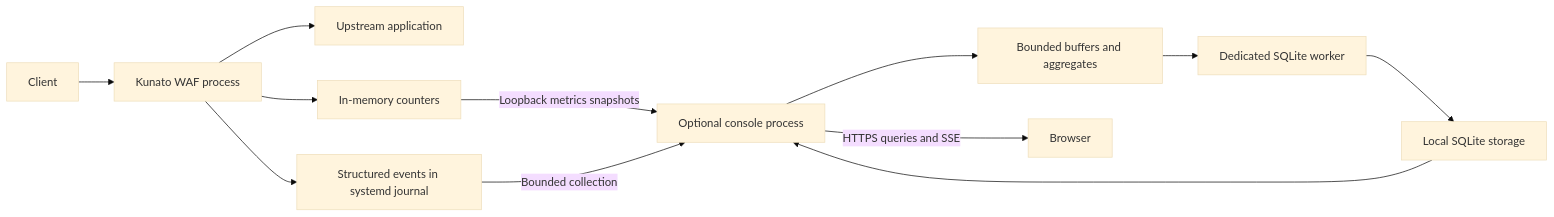
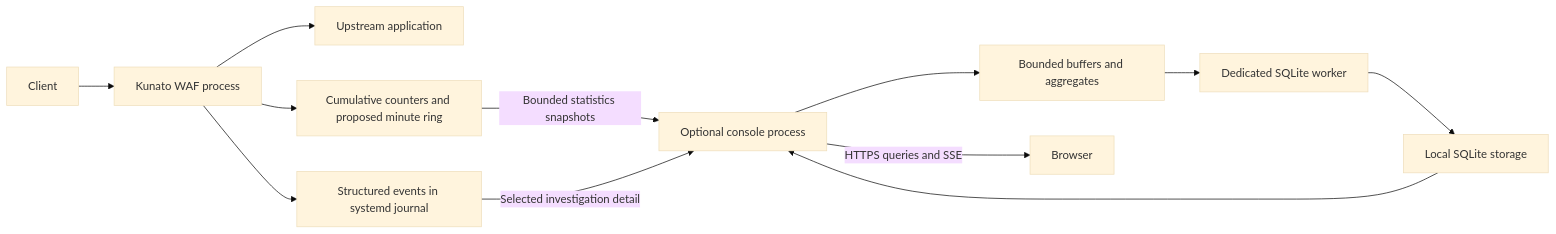
One commit to hiroeorz/kunato changed the diagram in docs/monitoring-console.md. Above: the diagram before and after it, drawn with Mermaid (base theme). The commit also changed other lines of this file and 36 other files, not shown here.

First line of the commit message:
Add counter-based console collection and snapshot API

````diff
--- a/docs/monitoring-console.md
+++ b/docs/monitoring-console.md
@@ -62,14 +70,14 @@
 ```mermaid
 flowchart LR
     Client[Client] --> WAF[Kunato WAF process]
     WAF --> Upstream[Upstream application]
-    WAF --> Counters[In-memory counters]
+    WAF --> Counters[Cumulative counters and proposed minute ring]
     WAF --> Journal[Structured events in systemd journal]
-    Counters -->|Loopback metrics snapshots| Console[Optional console process]
-    Journal -->|Bounded collection| Console
+    Counters -->|Bounded statistics snapshots| Console[Optional console process]
+    Journal -->|Selected investigation detail| Console
     Console --> Buffer[Bounded buffers and aggregates]
     Buffer --> Writer[Dedicated SQLite worker]
     Writer --> Database[Local SQLite storage]
     Database --> Console
     Console -->|HTTPS queries and SSE| Browser[Browser]
 ```
````
